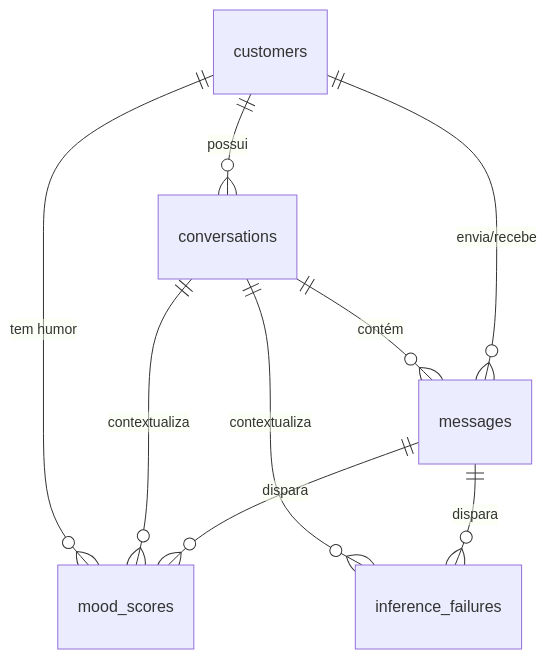
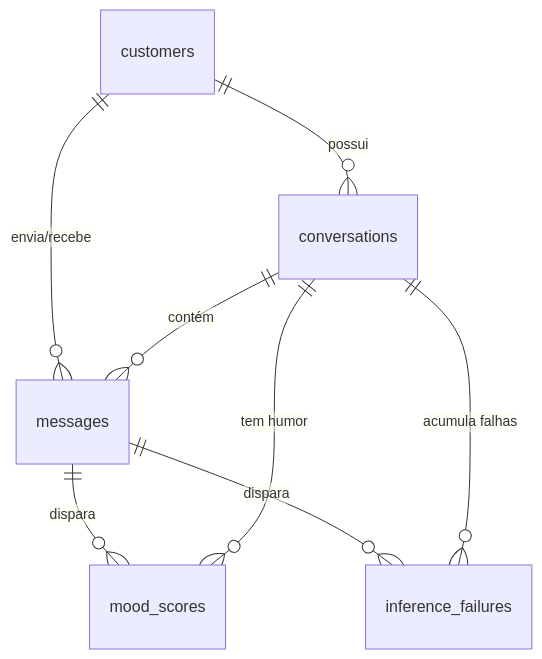
One commit to vcnt1/pln-clustering changed the diagram in data-structure/data-model.md. Above: the diagram before and after it, drawn with Mermaid. The commit also changed other lines of this file and 5 other files, not shown here.

````diff
--- a/data-structure/data-model.md
+++ b/data-structure/data-model.md
@@ -197,11 +192,10 @@
 ```mermaid
 erDiagram
     customers ||--o{ conversations : "possui"
     customers ||--o{ messages : "envia/recebe"
     conversations ||--o{ messages : "contém"
     messages ||--o{ mood_scores : "dispara"
     messages ||--o{ inference_failures : "dispara"
-    conversations ||--o{ mood_scores : "contextualiza"
-    conversations ||--o{ inference_failures : "contextualiza"
-    customers ||--o{ mood_scores : "tem humor"
+    conversations ||--o{ mood_scores : "tem humor"
+    conversations ||--o{ inference_failures : "acumula falhas"
 ```
````
